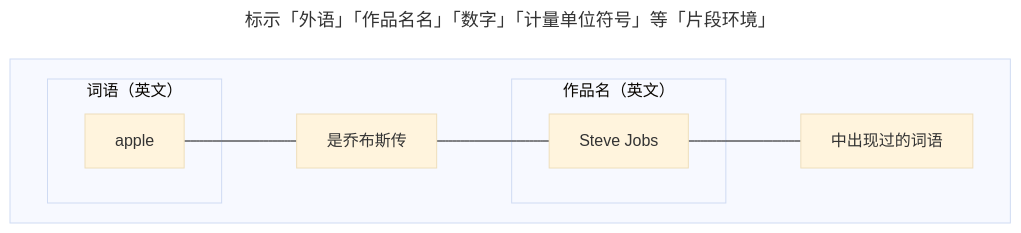
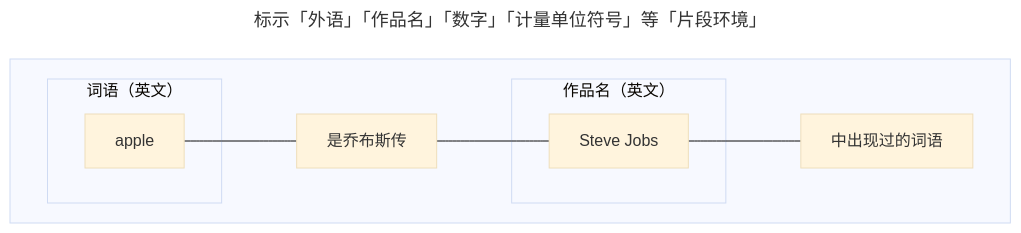
Before and after one commit to saveweb/general-writing-laws: the second of 5 diagrams in README.md, drawn with Mermaid (base theme). The commit also changed other lines of this file, not shown here.

````diff
--- a/README.md
+++ b/README.md
@@ -215,24 +215,24 @@
     ```mermaid
     ---
-    title: "标示「外语」「作品名名」「数字」「计量单位符号」等「片段环境」"
+    title: "标示「外语」「作品名」「数字」「计量单位符号」等「片段环境」"
     ---
     flowchart TD
 
         %% apple 是乔布斯传 _Steve Jobs_ 中出现过的词语。
 
         1A["apple"]
         1B["是乔布斯传"]
         1C["Steve Jobs"]
         1D["中出现过的词语"]
 
         subgraph Sub_A[ ]
             direction LR
                 subgraph Sub_E["作品名（英文）"]
                     1C
                 end
                 subgraph Sub_F["词语（英文）"]
                     1A
                 end
             1A --- 1B --- 1C --- 1D
         end
     ```
````
